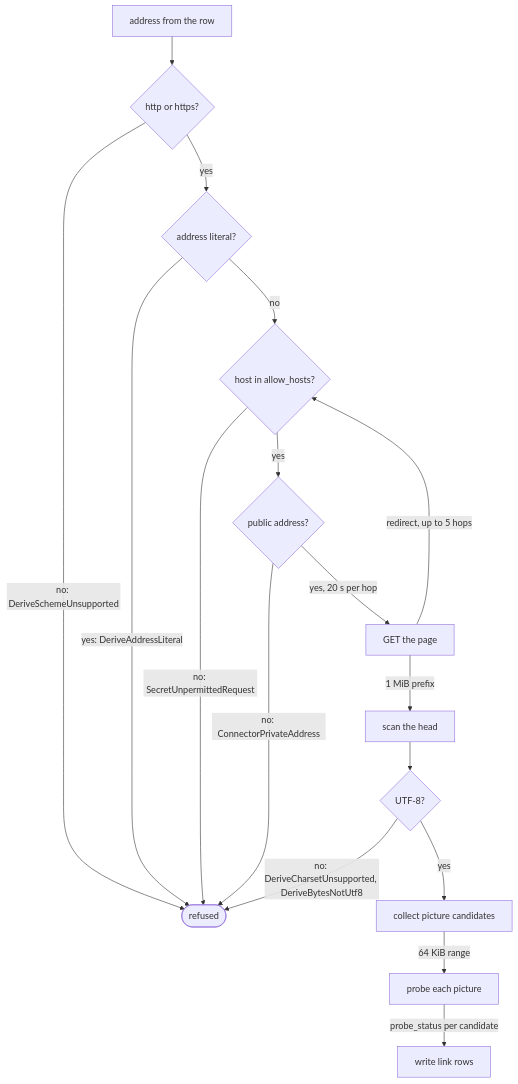
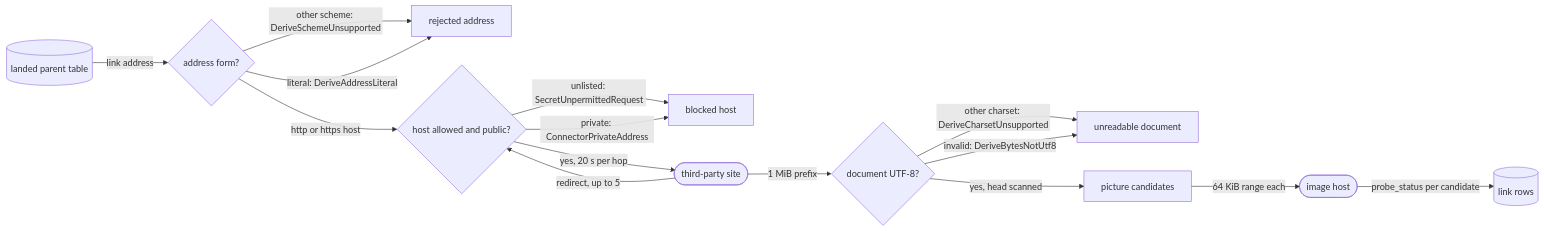
One commit to fractalboxdev/contextful changed the third of 4 diagrams in spec/32-derive.md. Above: the diagram before and after it, drawn with Mermaid. The commit also changed other lines of this file and 31 other files, not shown here.

First line of the commit message:
spec: every diagram draws things as nodes and what flows as labelled edges

````diff
--- a/spec/32-derive.md
+++ b/spec/32-derive.md
@@ -179,19 +173,17 @@
 ```mermaid
-flowchart TD
-  A["address from the row"] --> S{"http or https?"}
-  S -->|"no: DeriveSchemeUnsupported"| X(["refused"])
-  S -->|yes| L{"address literal?"}
-  L -->|"yes: DeriveAddressLiteral"| X
-  L -->|no| H{"host in allow_hosts?"}
-  H -->|"no: SecretUnpermittedRequest"| X
-  H -->|yes| P{"public address?"}
-  P -->|"no: ConnectorPrivateAddress"| X
-  P -->|"yes, 20 s per hop"| G["GET the page"]
-  G -->|"redirect, up to 5 hops"| H
-  G -->|"1 MiB prefix"| D["scan the head"]
-  D --> C{"UTF-8?"}
-  C -->|"no: DeriveCharsetUnsupported, DeriveBytesNotUtf8"| X
-  C -->|yes| F["collect picture candidates"]
-  F -->|"64 KiB range"| PR["probe each picture"]
-  PR -->|"probe_status per candidate"| ROW["write link rows"]
+flowchart LR
+  PT[("landed parent table")] -->|"link address"| FORM{"address form?"}
+  FORM -->|"other scheme: DeriveSchemeUnsupported"| BAD["rejected address"]
+  FORM -->|"literal: DeriveAddressLiteral"| BAD
+  FORM -->|"http or https host"| HOST{"host allowed and public?"}
+  HOST -->|"unlisted: SecretUnpermittedRequest"| BLOCK["blocked host"]
+  HOST -->|"private: ConnectorPrivateAddress"| BLOCK
+  HOST -->|"yes, 20 s per hop"| SITE(["third-party site"])
+  SITE -->|"redirect, up to 5"| HOST
+  SITE -->|"1 MiB prefix"| TEXT{"document UTF-8?"}
+  TEXT -->|"other charset: DeriveCharsetUnsupported"| UNREAD["unreadable document"]
+  TEXT -->|"invalid: DeriveBytesNotUtf8"| UNREAD
+  TEXT -->|"yes, head scanned"| PICS["picture candidates"]
+  PICS -->|"64 KiB range each"| IMG(["image host"])
+  IMG -->|"probe_status per candidate"| ROWS[("link rows")]
 ```
````
